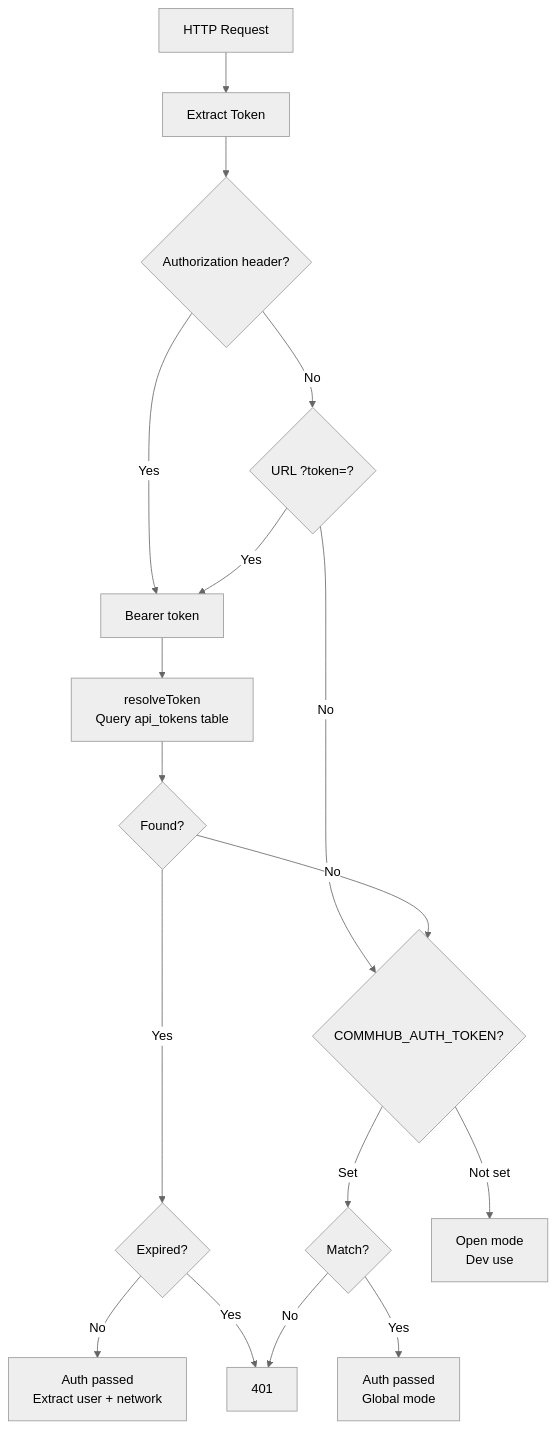
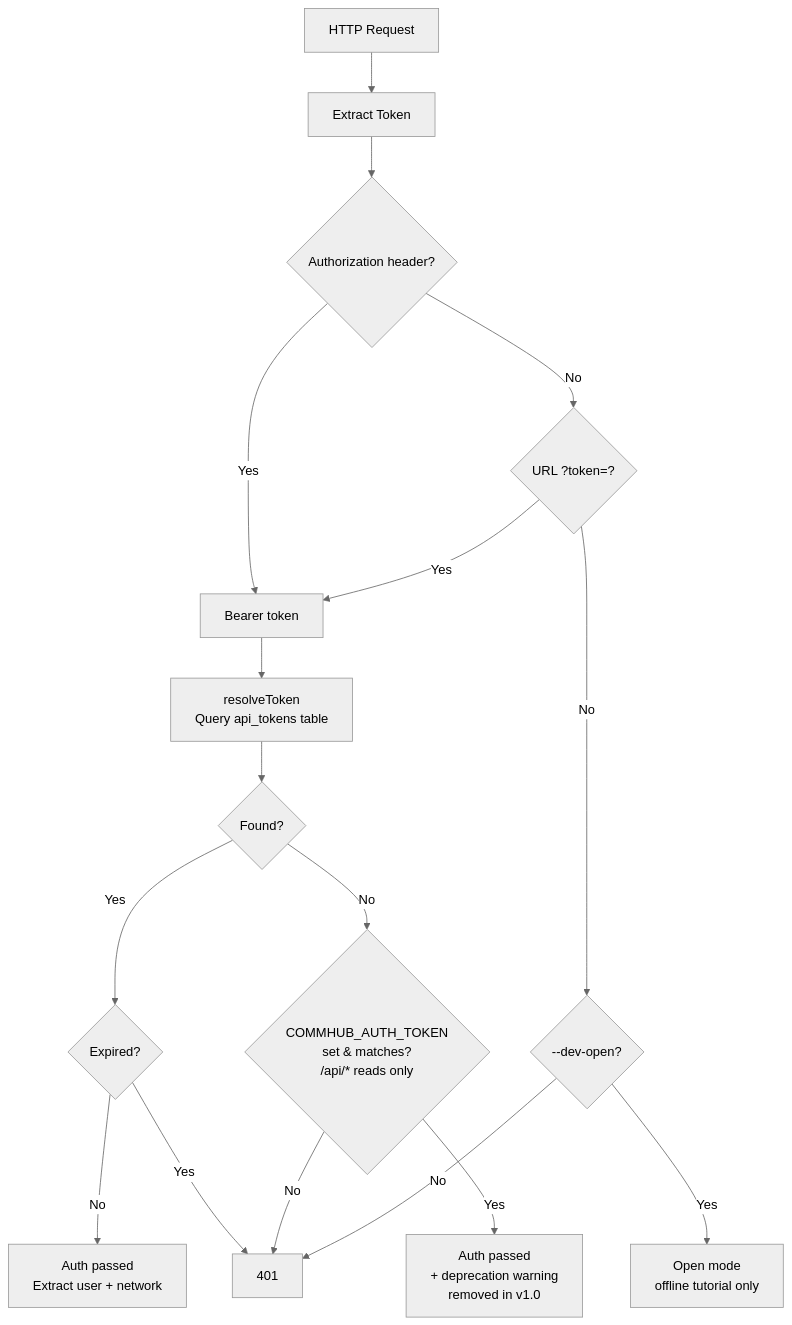
Before and after one commit to sleep2agi/agent-network: the second of 2 diagrams in docs-site/docs/en/concepts/security.md, drawn with Mermaid (neutral theme). The commit also changed other lines of this file and 1 other file, not shown here.

Commit message:
docs(loop round 2): security 中英 mermaid 重画为 v0.8 真实流程 — DEVOPEN 分支替代 v0.5 'unset COMMHUB_AUTH_TOKEN → auto open mode' 老路径；LEGACY 分支标注 'reads only + deprecation warning + v1.0 移除'；密码强度从'最少 6 位' → '≥8+弱密码字典；bootstrap admin 例外 ≥4'；Argon2id 计划标 v0.9+

````diff
--- a/docs-site/docs/en/concepts/security.md
+++ b/docs-site/docs/en/concepts/security.md
@@ -72,21 +72,22 @@
 ```mermaid
 flowchart TD
     REQ[HTTP Request] --> EXTRACT[Extract Token]
     EXTRACT --> HDR{Authorization header?}
     HDR -->|Yes| TOKEN[Bearer token]
     HDR -->|No| QS{URL ?token=?}
     QS -->|Yes| TOKEN
-    QS -->|No| LEGACY{COMMHUB_AUTH_TOKEN?}
+    QS -->|No| DEVOPEN{--dev-open?}
 
     TOKEN --> RESOLVE[resolveToken<br/>Query api_tokens table]
     RESOLVE --> FOUND{Found?}
     FOUND -->|Yes| CHECK_EXPIRE{Expired?}
     CHECK_EXPIRE -->|No| OK[Auth passed<br/>Extract user + network]
     CHECK_EXPIRE -->|Yes| DENY[401]
-    FOUND -->|No| LEGACY
+    FOUND -->|No| LEGACY{COMMHUB_AUTH_TOKEN<br/>set & matches?<br/>/api/* reads only}
 
-    LEGACY -->|Set| MATCH{Match?}
-    MATCH -->|Yes| OK_LEGACY[Auth passed<br/>Global mode]
-    MATCH -->|No| DENY
-    LEGACY -->|Not set| OK_OPEN[Open mode<br/>Dev use]
+    LEGACY -->|Yes| OK_LEGACY[Auth passed<br/>+ deprecation warning<br/>removed in v1.0]
+    LEGACY -->|No| DENY
+
+    DEVOPEN -->|Yes| OK_OPEN[Open mode<br/>offline tutorial only]
+    DEVOPEN -->|No| DENY
 ```
````
